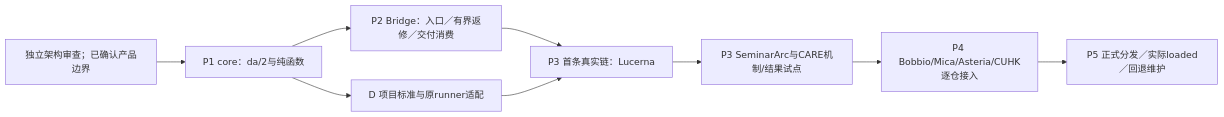
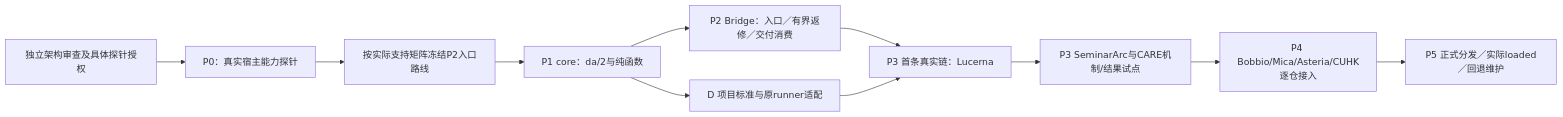
One commit to YuukiAS/AI_Research_Toolkit changed the diagram in docs/research/software-production/22_DELIVERY_ASSURANCE_GLOBAL_WORK_RESEARCH_20261022/WORK_OUTPUT/06_IMPLEMENTATION_AND_EVALUATION.md. Above: the diagram before and after it, drawn with Mermaid. The commit also changed other lines of this file, not shown here.

Commit message:
docs(da): put bounded host probes before full core and Bridge investment

````diff
--- a/docs/research/software-production/22_DELIVERY_ASSURANCE_GLOBAL_WORK_RESEARCH_20261022/WORK_OUTPUT/06_IMPLEMENTATION_AND_EVALUATION.md
+++ b/docs/research/software-production/22_DELIVERY_ASSURANCE_GLOBAL_WORK_RESEARCH_20261022/WORK_OUTPUT/06_IMPLEMENTATION_AND_EVALUATION.md
@@ -7,11 +7,13 @@
 ```mermaid
 flowchart LR
- R["独立架构审查；已确认产品边界"] --> C["P1 core：da/2与纯函数"]
+ R["独立架构审查及具体探针授权"] --> H["P0：真实宿主能力探针"]
+ H --> Q["按实际支持矩阵冻结P2入口路线"]
+ Q --> C["P1 core：da/2与纯函数"]
  C --> B["P2 Bridge：入口／有界返修／交付消费"]
  C --> D["D 项目标准与原runner适配"]
  B --> A["P3 首条真实链：Lucerna"]
  D --> A
  A --> S["P3 SeminarArc与CARE机制/结果试点"]
  S --> O["P4 Bobbio/Mica/Asteria/CUHK逐仓接入"]
  O --> L["P5 正式分发／实际loaded／回退维护"]
 ```
````
